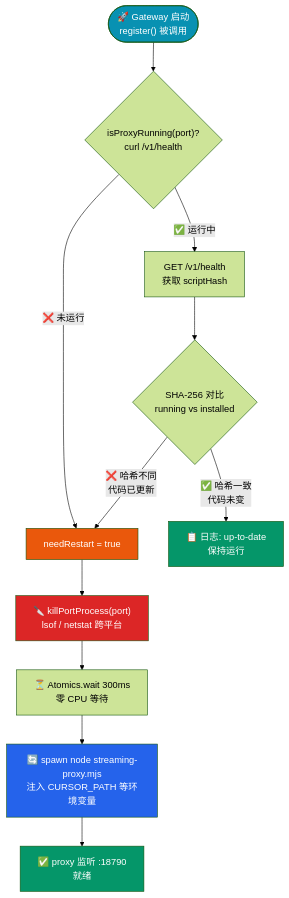
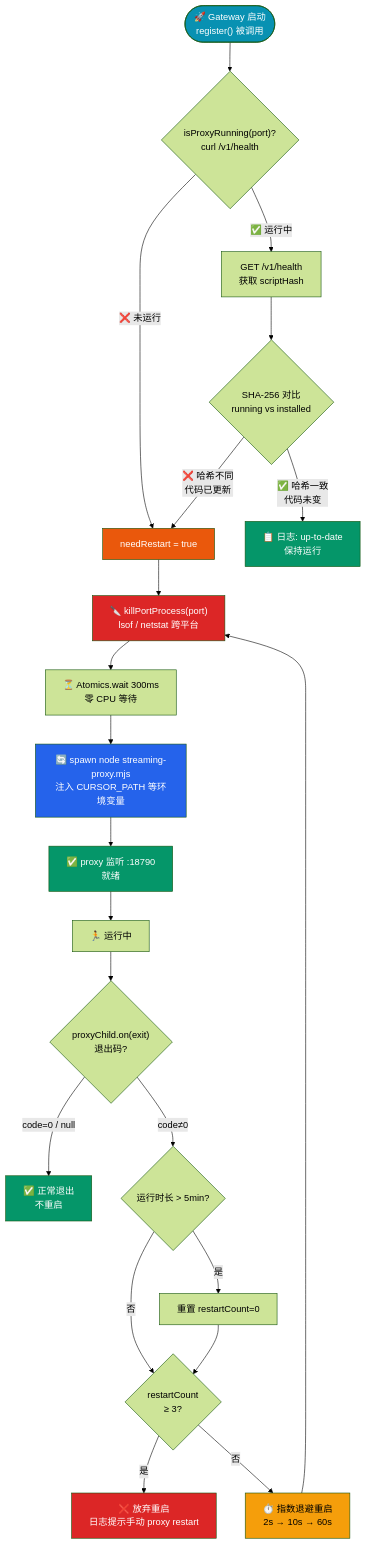
Before and after one commit to andeya/openclaw-cursor-brain: the tenth of 10 diagrams in doc/technical-guide-zh.md, drawn with Mermaid (forest theme). The commit also changed other lines of this file and 3 other files, not shown here.

````diff
--- a/doc/technical-guide-zh.md
+++ b/doc/technical-guide-zh.md
@@ -779,24 +799,38 @@
 ```mermaid
 flowchart TD
     GWStart(["🚀 Gateway 启动<br/>register() 被调用"])
     GWStart --> IsRunning{"isProxyRunning(port)?<br/>curl /v1/health"}
 
     IsRunning -->|"❌ 未运行"| NeedStart["needRestart = true"]
     IsRunning -->|"✅ 运行中"| FetchHealth["GET /v1/health<br/>获取 scriptHash"]
 
     FetchHealth --> CompareHash{"SHA-256 对比<br/>running vs installed"}
     CompareHash -->|"✅ 哈希一致<br/>代码未变"| UpToDate["📋 日志: up-to-date<br/>保持运行"]
     CompareHash -->|"❌ 哈希不同<br/>代码已更新"| NeedStart
 
     NeedStart --> Kill["🔪 killPortProcess(port)<br/>lsof / netstat 跨平台"]
     Kill --> Wait["⏳ Atomics.wait 300ms<br/>零 CPU 等待"]
     Wait --> Spawn["🔄 spawn node streaming-proxy.mjs<br/>注入 CURSOR_PATH 等环境变量"]
     Spawn --> Listen["✅ proxy 监听 :18790<br/>就绪"]
 
+    Listen --> Running["🏃 运行中"]
+    Running --> ExitEvent{"proxyChild.on(exit)<br/>退出码?"}
+    ExitEvent -->|"code=0 / null"| Done["✅ 正常退出<br/>不重启"]
+    ExitEvent -->|"code≠0"| CheckUptime{"运行时长 > 5min?"}
+    CheckUptime -->|"是"| ResetCount["重置 restartCount=0"]
+    CheckUptime -->|"否"| CheckCount
+    ResetCount --> CheckCount{"restartCount<br/>≥ 3?"}
+    CheckCount -->|"是"| GiveUp["❌ 放弃重启<br/>日志提示手动 proxy restart"]
+    CheckCount -->|"否"| AutoRestart["⏱️ 指数退避重启<br/>2s → 10s → 60s"]
+    AutoRestart --> Kill
+
     style GWStart fill:#0891b2,color:#fff
     style NeedStart fill:#ea580c,color:#fff
     style Kill fill:#dc2626,color:#fff
     style Spawn fill:#2563eb,color:#fff
     style Listen fill:#059669,color:#fff
     style UpToDate fill:#059669,color:#fff
+    style Done fill:#059669,color:#fff
+    style GiveUp fill:#dc2626,color:#fff
+    style AutoRestart fill:#f59e0b,color:#000
 ```
````
